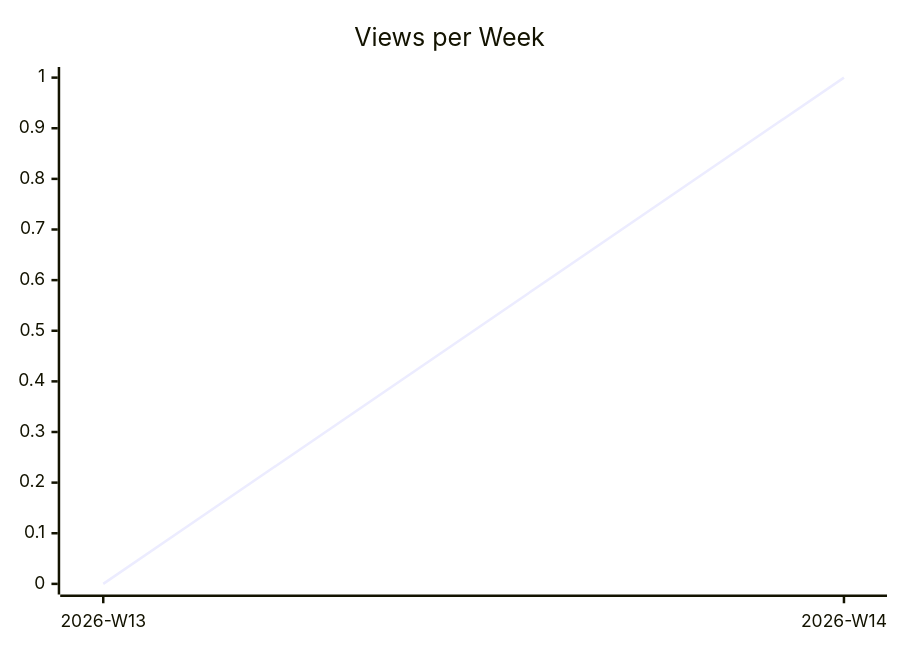
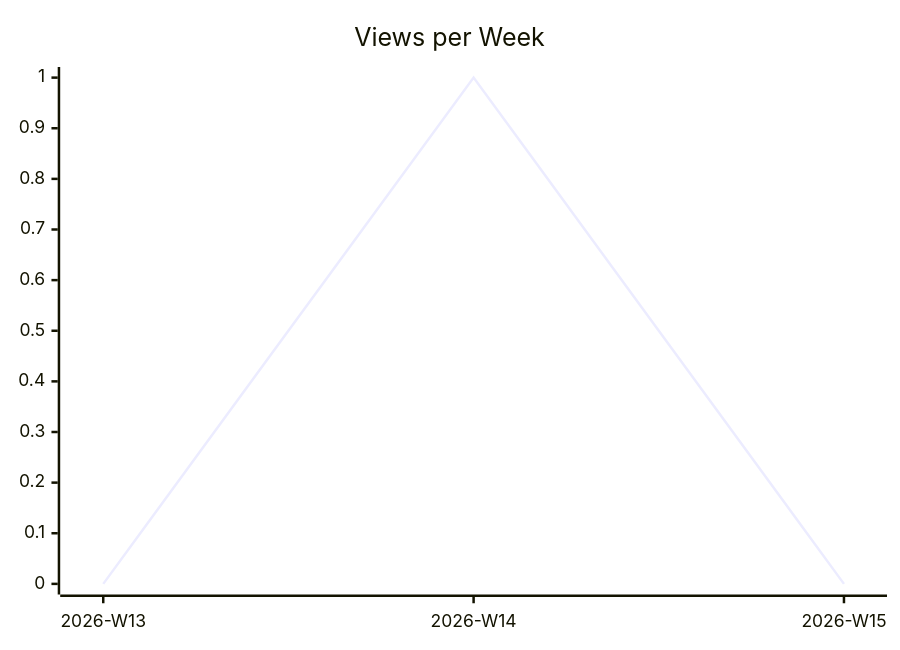
One commit to justdavis-family/github-analytics-data changed the second of 3 diagrams in justdavis-family/justdavis/README.md. Above: the diagram before and after it, drawn with Mermaid. The commit also changed other lines of this file and 63 other files, not shown here.

````diff
--- a/justdavis-family/justdavis/README.md
+++ b/justdavis-family/justdavis/README.md
@@ -12,6 +12,6 @@
 ```mermaid
 xychart-beta
   title "Views per Week"
-  x-axis ["2026-W13", "2026-W14"]
-  line [0, 1]
+  x-axis ["2026-W13", "2026-W14", "2026-W15"]
+  line [0, 1, 0]
 ```
````
